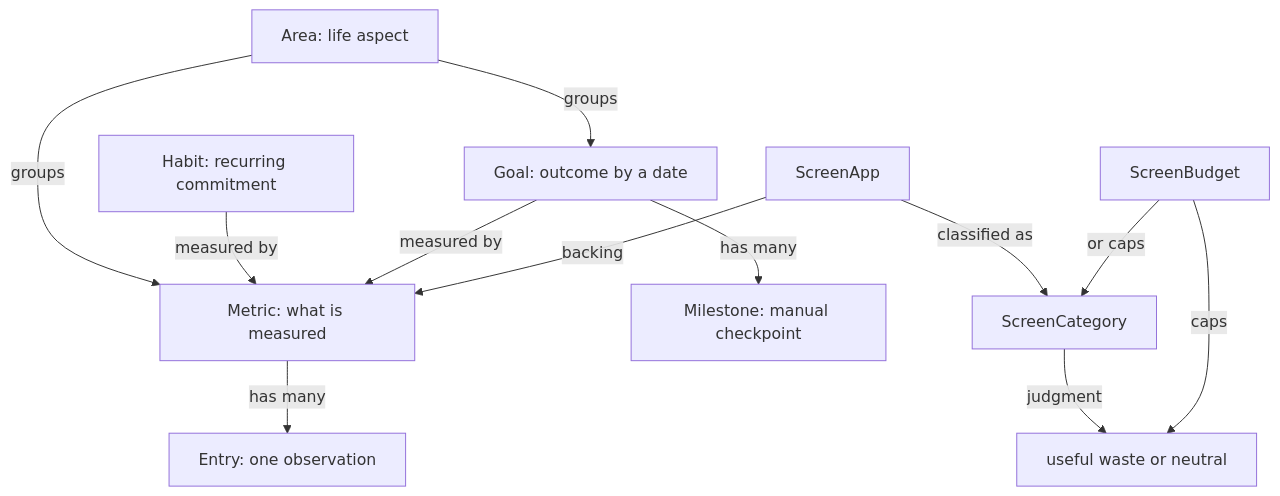
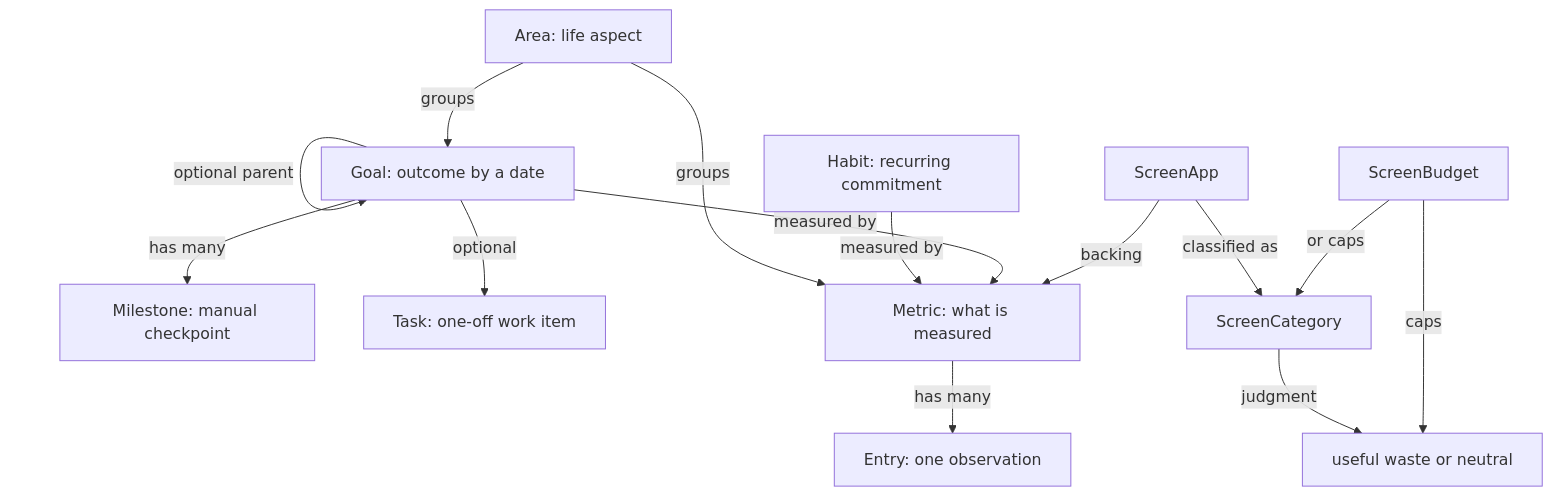
Before and after one commit to gio-white/atlas: the first of 2 diagrams in docs/architecture.md, drawn with Mermaid. The commit also changed other lines of this file and 27 other files, not shown here.

First line of the commit message:
Add a long/medium/short goal tree and optional task links.

````diff
--- a/docs/architecture.md
+++ b/docs/architecture.md
@@ -21,14 +21,16 @@
 ```mermaid
 flowchart TD
   Area[Area: life aspect] -->|groups| Metric[Metric: what is measured]
   Area -->|groups| Goal[Goal: outcome by a date]
   Metric -->|has many| Entry[Entry: one observation]
   Habit[Habit: recurring commitment] -->|measured by| Metric
   Goal -->|measured by| Metric
   Goal -->|has many| Milestone[Milestone: manual checkpoint]
+  Goal -->|optional parent| Goal
+  Goal -->|optional| Task[Task: one-off work item]
   ScreenCategory[ScreenCategory] -->|judgment| ScreenJudgment[useful waste or neutral]
   ScreenApp[ScreenApp] -->|classified as| ScreenCategory
   ScreenApp -->|backing| Metric
   ScreenBudget[ScreenBudget] -->|caps| ScreenJudgment
   ScreenBudget -->|or caps| ScreenCategory
 ```
````
